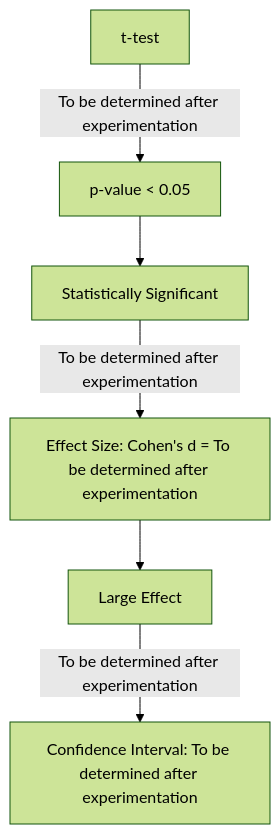
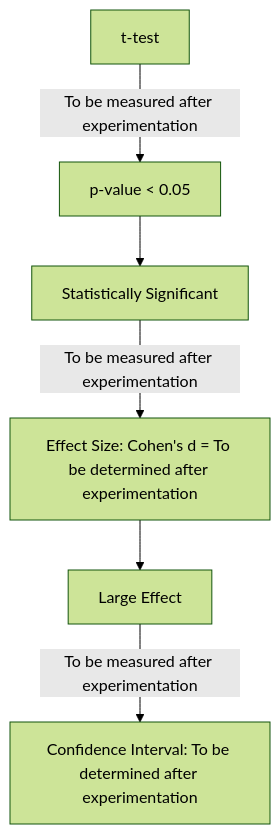
Before and after one commit to Evintkoo/2048-ml: the fifth of 6 diagrams in plan/08-Research-Report/01-IMRD/03-results.md, drawn with Mermaid (forest theme). The commit also changed other lines of this file and 4 other files, not shown here.

````diff
--- a/plan/08-Research-Report/01-IMRD/03-results.md
+++ b/plan/08-Research-Report/01-IMRD/03-results.md
@@ -83,8 +83,8 @@
 ```mermaid
 flowchart TD
-    A[t-test] -->|To be determined after experimentation| B[p-value < 0.05]
+    A[t-test] -->|To be measured after experimentation| B[p-value < 0.05]
     B --> C[Statistically Significant]
-    C -->|To be determined after experimentation| D[Effect Size: Cohen's d = To be determined after experimentation]
+    C -->|To be measured after experimentation| D[Effect Size: Cohen's d = To be determined after experimentation]
     D --> E[Large Effect]
-    E -->|To be determined after experimentation| F[Confidence Interval: To be determined after experimentation]
+    E -->|To be measured after experimentation| F[Confidence Interval: To be determined after experimentation]
 ```
````
